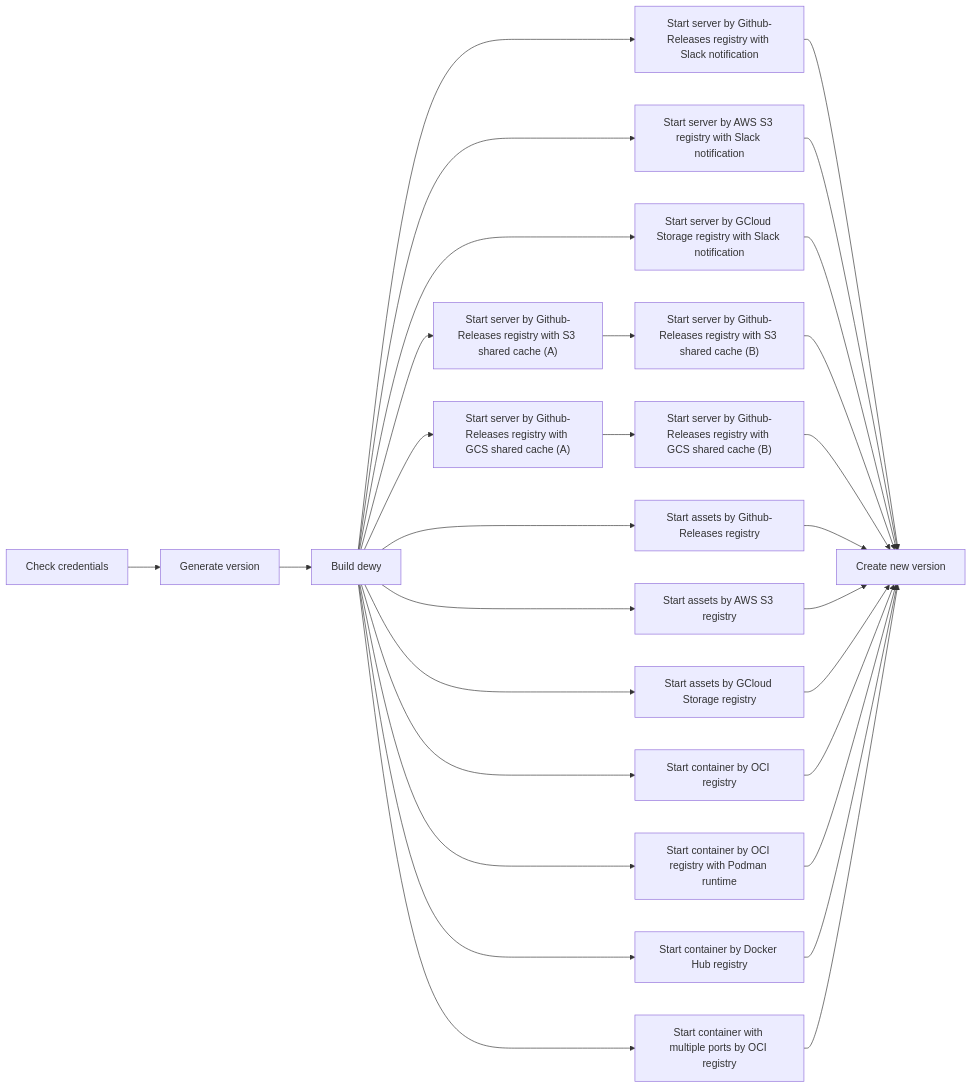
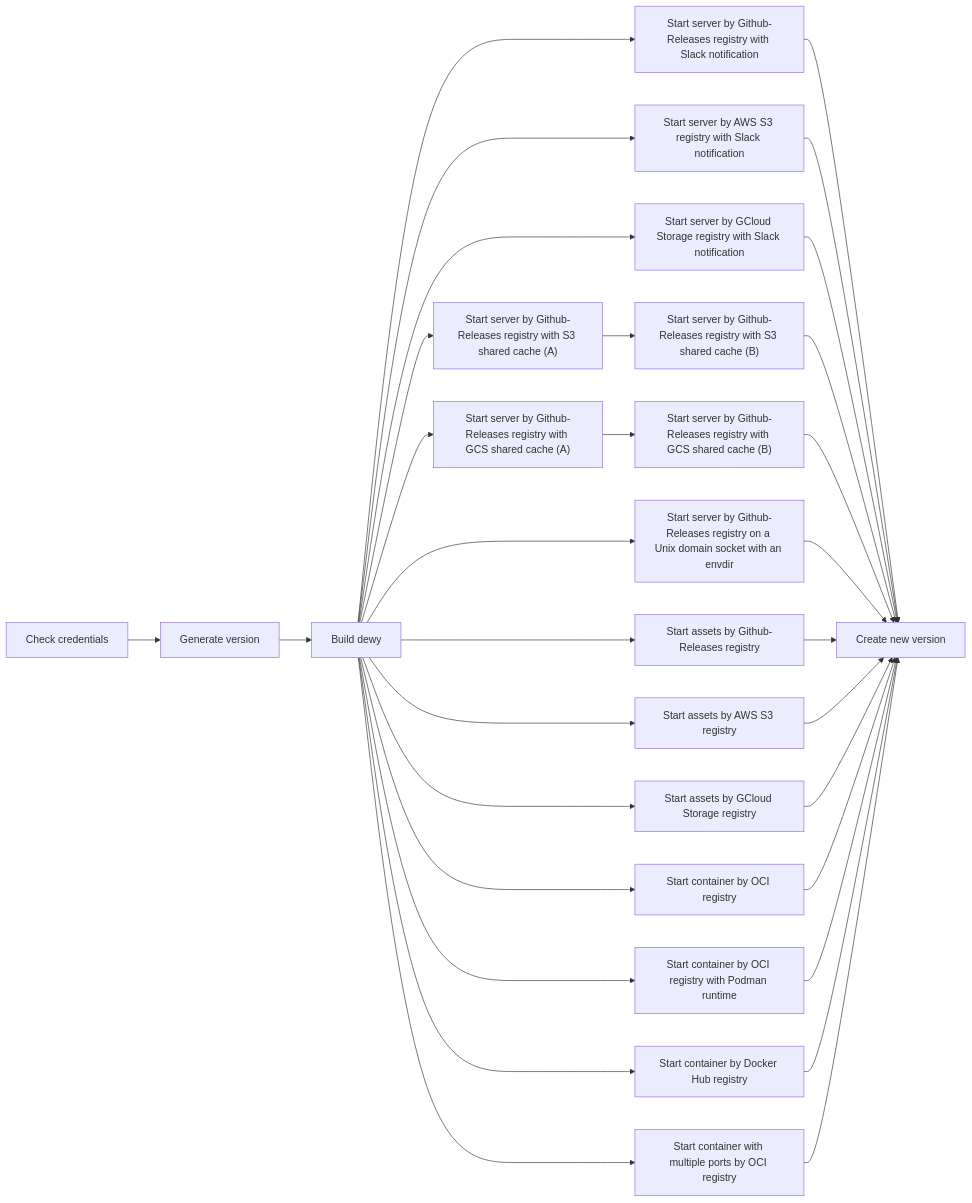
One commit to linyows/dewy changed the first of 3 diagrams in docs/pages/e2e-testing.md. Above: the diagram before and after it, drawn with Mermaid. The commit also changed other lines of this file and 4 other files, not shown here.

First line of the commit message:
Add an e2e scenario for --socket and --envdir

````diff
--- a/docs/pages/e2e-testing.md
+++ b/docs/pages/e2e-testing.md
@@ -60,50 +61,53 @@
 ```mermaid
 flowchart LR
     check["Check credentials"]
     generate_version["Generate version"]
     build["Build dewy"]
     start_srv_ghr["Start server by Github-Releases registry with Slack notification"]
     start_srv_s3["Start server by AWS S3 registry with Slack notification"]
     start_srv_gs["Start server by GCloud Storage registry with Slack notification"]
     start_srv_ghr_s3cache_a["Start server by Github-Releases registry with S3 shared cache (A)"]
     start_srv_ghr_s3cache_b["Start server by Github-Releases registry with S3 shared cache (B)"]
     start_srv_ghr_gscache_a["Start server by Github-Releases registry with GCS shared cache (A)"]
     start_srv_ghr_gscache_b["Start server by Github-Releases registry with GCS shared cache (B)"]
+    start_srv_ghr_socket["Start server by Github-Releases registry on a Unix domain socket with an envdir"]
     start_ast_ghr["Start assets by Github-Releases registry"]
     start_ast_s3["Start assets by AWS S3 registry"]
     start_ast_gs["Start assets by GCloud Storage registry"]
     start_ctr_oci["Start container by OCI registry"]
     start_ctr_podman["Start container by OCI registry with Podman runtime"]
     start_ctr_dockerhub["Start container by Docker Hub registry"]
     start_ctr_mp_oci["Start container with multiple ports by OCI registry"]
     create_release["Create new version"]
 
     check --> generate_version
     generate_version --> build
     build --> start_srv_ghr
     build --> start_srv_s3
     build --> start_srv_gs
     build --> start_srv_ghr_s3cache_a
     start_srv_ghr_s3cache_a --> start_srv_ghr_s3cache_b
     build --> start_srv_ghr_gscache_a
     start_srv_ghr_gscache_a --> start_srv_ghr_gscache_b
+    build --> start_srv_ghr_socket
     build --> start_ast_ghr
     build --> start_ast_s3
     build --> start_ast_gs
     build --> start_ctr_oci
     build --> start_ctr_podman
     build --> start_ctr_dockerhub
     build --> start_ctr_mp_oci
     start_srv_ghr --> create_release
     start_srv_s3 --> create_release
     start_srv_gs --> create_release
     start_srv_ghr_s3cache_b --> create_release
     start_srv_ghr_gscache_b --> create_release
+    start_srv_ghr_socket --> create_release
     start_ast_ghr --> create_release
     start_ast_s3 --> create_release
     start_ast_gs --> create_release
     start_ctr_oci --> create_release
     start_ctr_podman --> create_release
     start_ctr_dockerhub --> create_release
     start_ctr_mp_oci --> create_release
 ```
````
